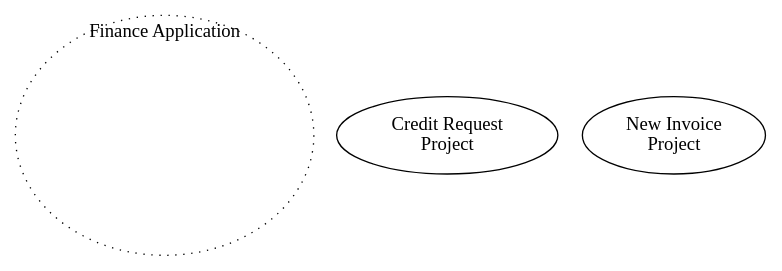
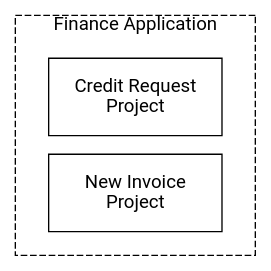
The diagram in source/concepts/application-lifecycle/finance-app.dot (bernhardAxonIvy/doc), drawn with Graphviz before and after one commit. The commit also changed 28 other files, not shown here.

```diff
--- a/source/concepts/application-lifecycle/finance-app.dot
+++ b/source/concepts/application-lifecycle/finance-app.dot
@@ -1,5 +1,9 @@
 digraph financeapp {
-  financeapp [label="Finance Application", pos="0,0!" width=2.5 height=2.5 style="dotted" fontcolor="black" labelloc="t"];
-  sendinvoice [label="Credit Request\nProject" pos="0,0.4!" width=1.8 height=0.8];
-  newinvoice [label="New Invoice\nProject" pos="0,-0.6!" width=1.8 height=0.8];
+  layout=neato;
+  node [shape=box, fontname="Roboto,Helvetica Neue,Arial,sans-serif", fixedsize="true", margin=0.1]; 
+  
+  /* nodes */
+  financeapp [label="Finance Application",      pos="0,0.0!", width=2.5, height=2.5, style="dashed", fontcolor="black", labelloc="t"];
+  sendinvoice [label="Credit Request\nProject", pos="0,0.4!", width=1.8, height=0.8];
+  newinvoice [label="New Invoice\nProject"      pos="0,-0.6!", width=1.8, height=0.8];
 }
```
